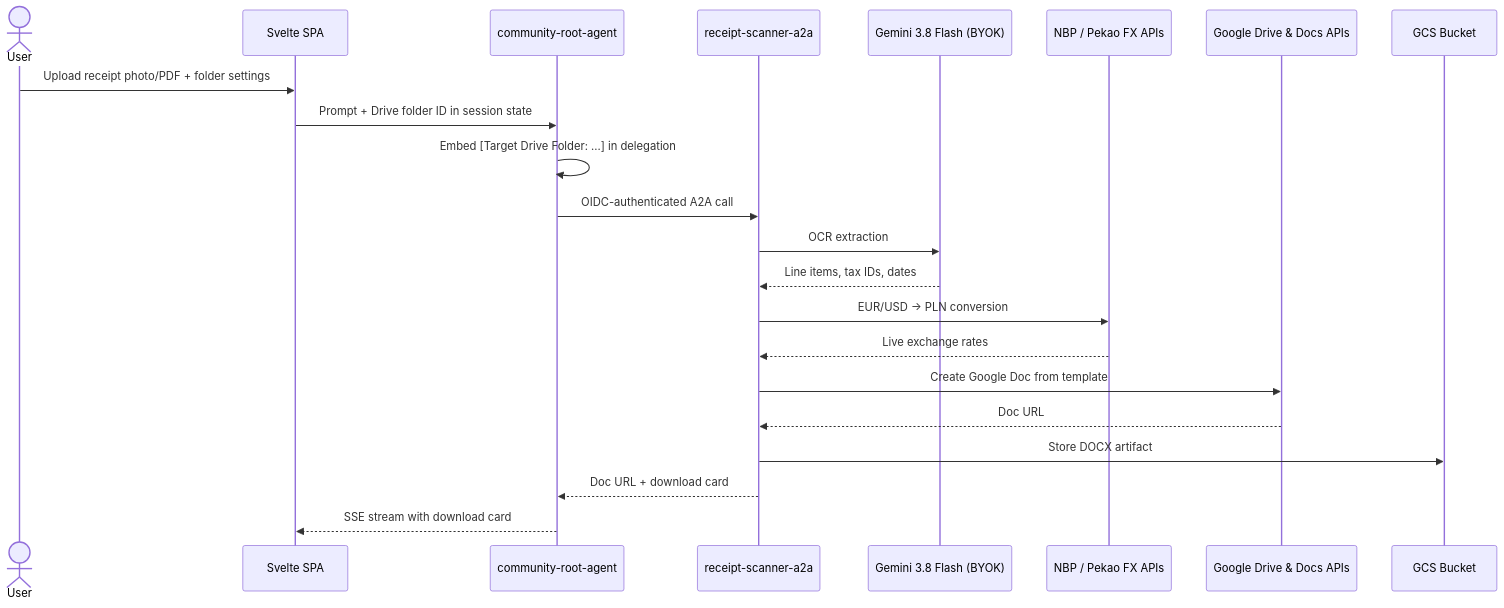
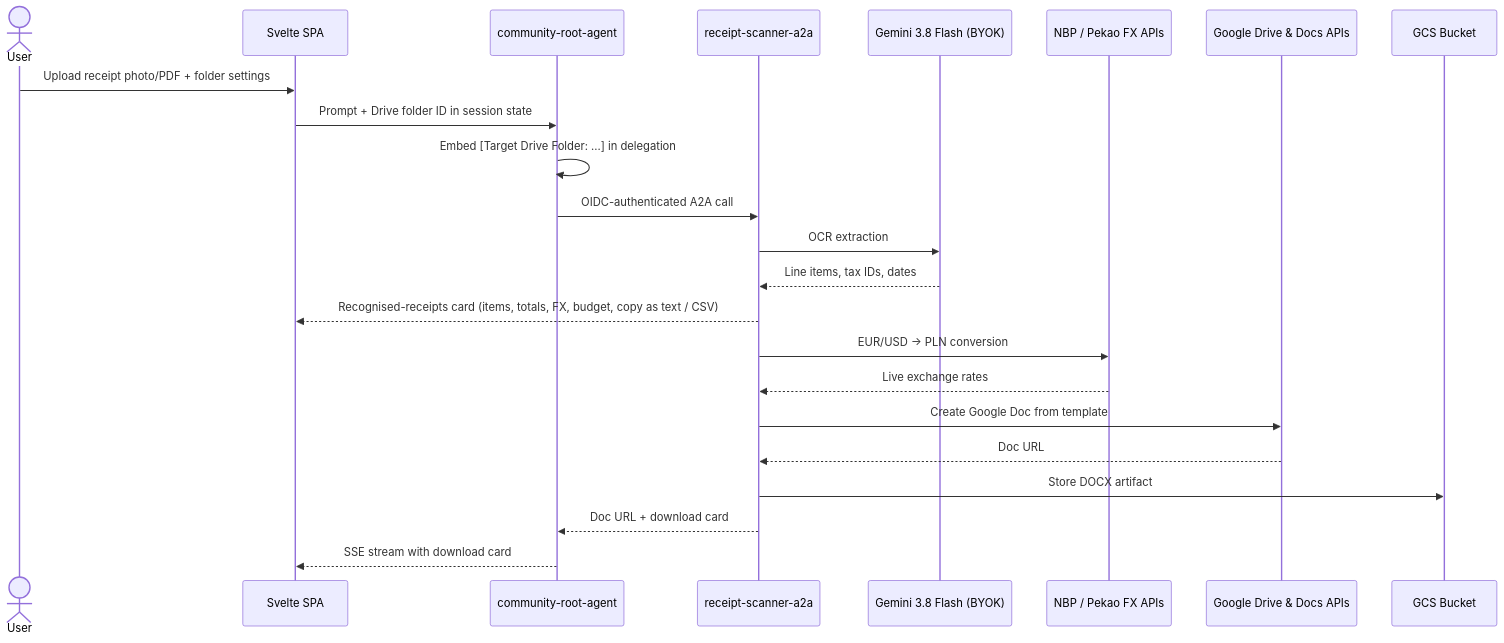
The fifth of 8 diagrams in docs/SOLUTION_ARCHITECTURE.md (aplachykau-git/gdg_agents), drawn with Mermaid before and after one commit. The commit also changed other lines of this file and 99 other files, not shown here.

````diff
--- a/docs/SOLUTION_ARCHITECTURE.md
+++ b/docs/SOLUTION_ARCHITECTURE.md
@@ -209,25 +242,26 @@
 ```mermaid
 sequenceDiagram
     actor User
     participant SPA as Svelte SPA
     participant Root as community-root-agent
     participant Receipt as receipt-scanner-a2a
     participant Gemini as Gemini 3.8 Flash (BYOK)
     participant FX as NBP / Pekao FX APIs
     participant Drive as Google Drive & Docs APIs
     participant GCS as GCS Bucket
 
     User->>SPA: Upload receipt photo/PDF + folder settings
     SPA->>Root: Prompt + Drive folder ID in session state
     Root->>Root: Embed [Target Drive Folder: ...] in delegation
     Root->>Receipt: OIDC-authenticated A2A call
     Receipt->>Gemini: OCR extraction
     Gemini-->>Receipt: Line items, tax IDs, dates
+    Receipt-->>SPA: Recognised-receipts card (items, totals, FX, budget, copy as text / CSV)
     Receipt->>FX: EUR/USD → PLN conversion
     FX-->>Receipt: Live exchange rates
     Receipt->>Drive: Create Google Doc from template
     Drive-->>Receipt: Doc URL
     Receipt->>GCS: Store DOCX artifact
     Receipt-->>Root: Doc URL + download card
     Root-->>SPA: SSE stream with download card
 ```
````
